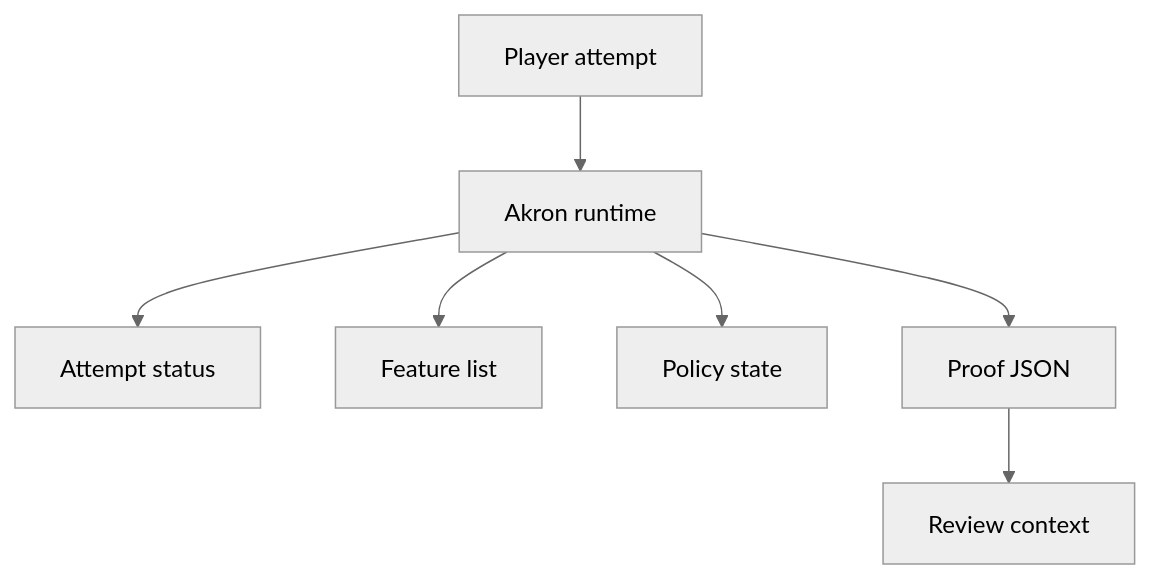
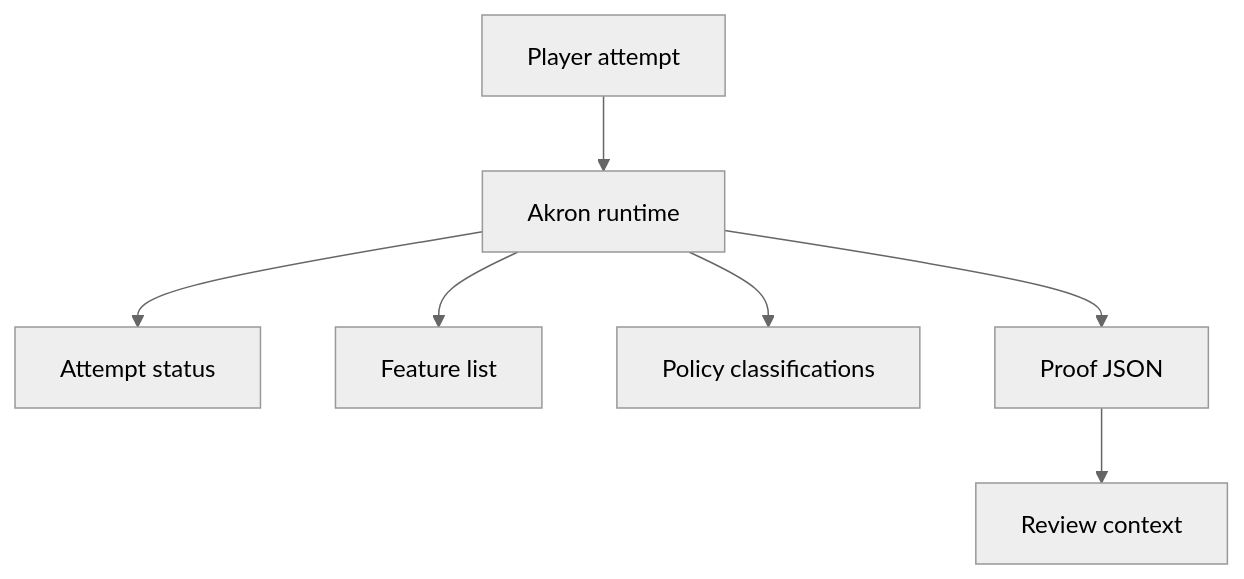
The diagram in docs/concepts/proof-and-submission-mode.mdx (Microck/akron), drawn with Mermaid (neutral theme) before and after one commit. The commit also changed other lines of this file and 122 other files, not shown here.

````diff
--- a/docs/concepts/proof-and-submission-mode.mdx
+++ b/docs/concepts/proof-and-submission-mode.mdx
@@ -21,9 +20,9 @@
 ```mermaid
 flowchart TD
   player["Player attempt"] --> akron["Akron runtime"]
   akron --> status["Attempt status"]
   akron --> features["Feature list"]
-  akron --> policy["Policy state"]
+  akron --> policy["Policy classifications"]
   akron --> proof["Proof JSON"]
   proof --> review["Review context"]
 ```
````
